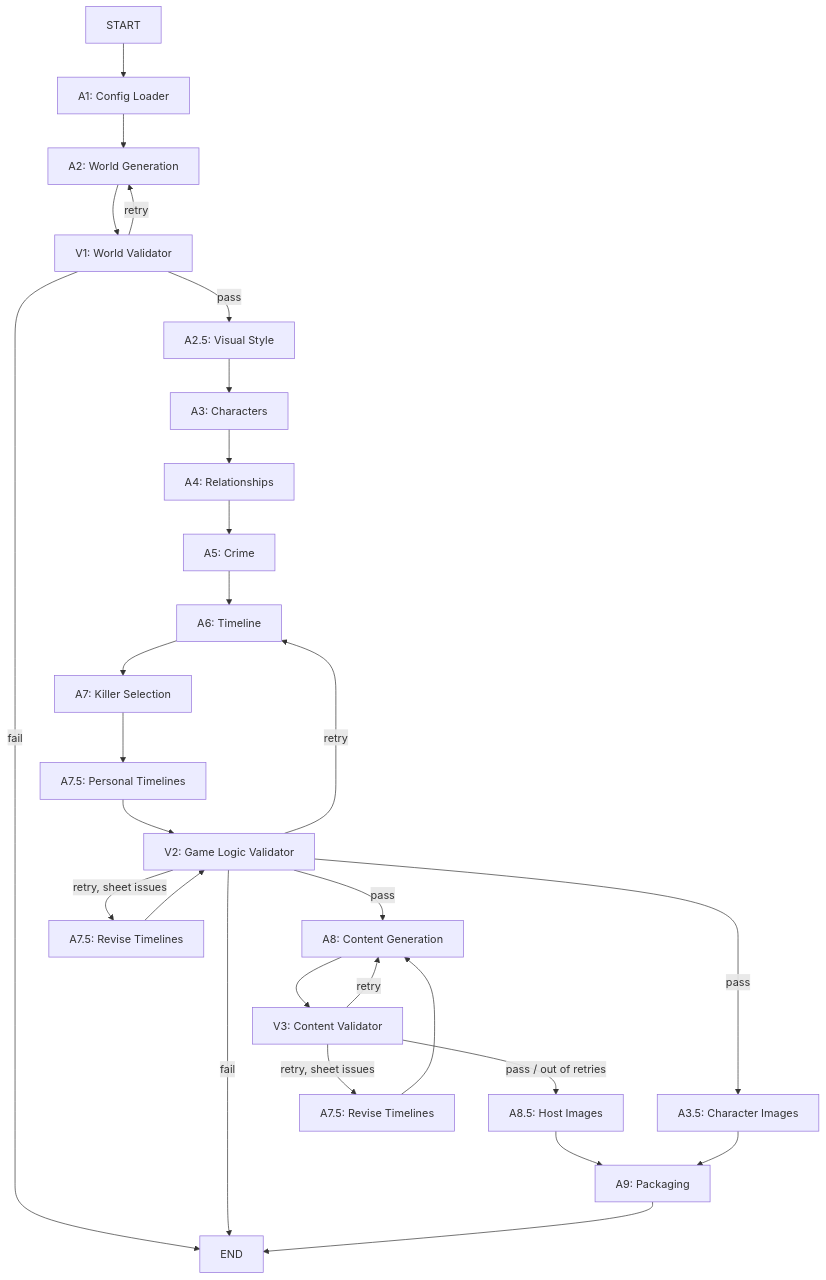
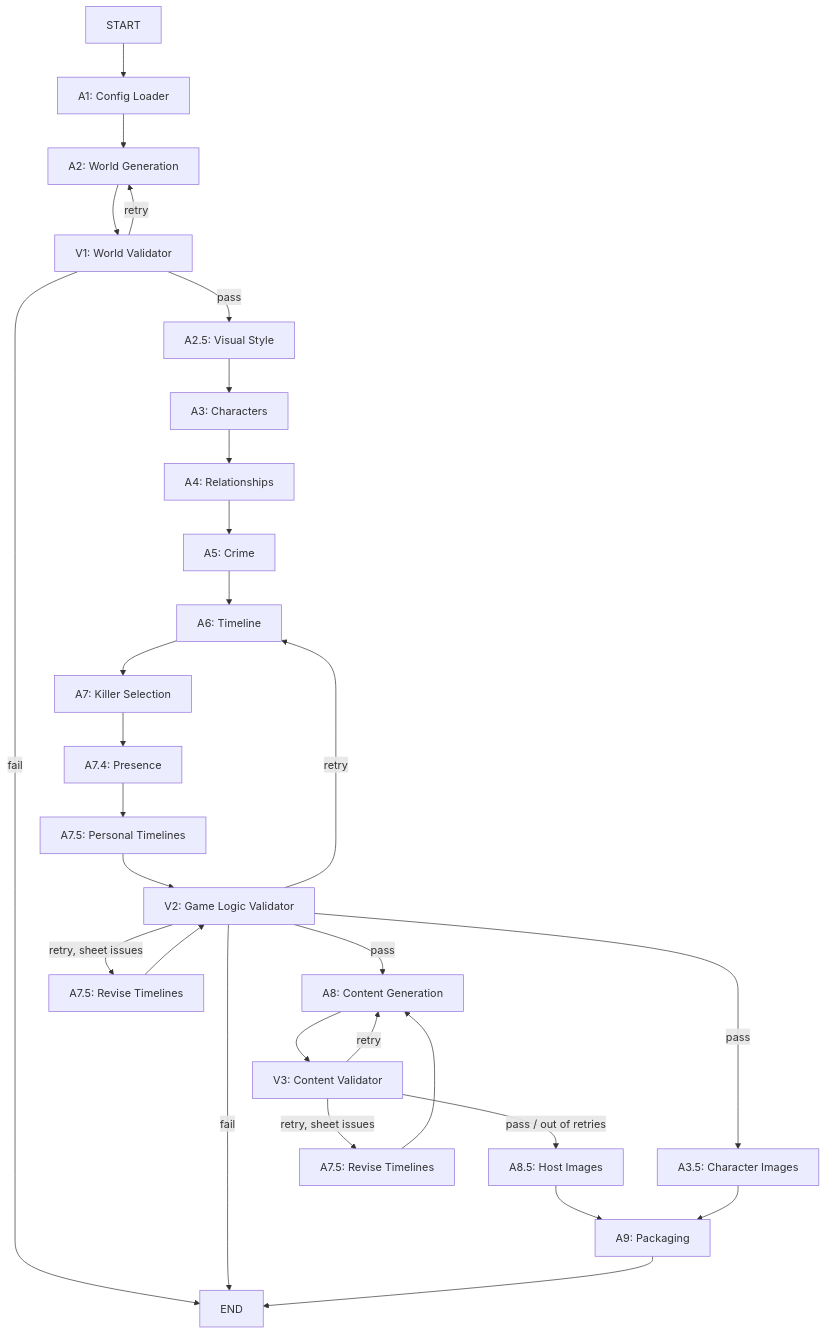
The diagram in docs/DEVELOPER_GUIDE.md (juanje/mystery-agents), drawn with Mermaid before and after one commit. The commit also changed other lines of this file and 8 other files, not shown here.

````diff
--- a/docs/DEVELOPER_GUIDE.md
+++ b/docs/DEVELOPER_GUIDE.md
@@ -94,30 +95,31 @@
 ```mermaid
 graph TD
     START --> A1[A1: Config Loader]
     A1 --> A2[A2: World Generation]
     A2 --> V1[V1: World Validator]
     V1 -->|pass| A2_5[A2.5: Visual Style]
     V1 -->|retry| A2
     V1 -->|fail| END
     A2_5 --> A3[A3: Characters]
     A3 --> A4[A4: Relationships]
     A4 --> A5[A5: Crime]
     A5 --> A6[A6: Timeline]
     A6 --> A7[A7: Killer Selection]
-    A7 --> A7_5[A7.5: Personal Timelines]
+    A7 --> A7_4[A7.4: Presence]
+    A7_4 --> A7_5[A7.5: Personal Timelines]
     A7_5 --> V2[V2: Game Logic Validator]
     V2 -->|pass| A8[A8: Content Generation]
     V2 -->|pass| A3_5[A3.5: Character Images]
     V2 -->|retry| A6
     V2 -->|retry, sheet issues| R1[A7.5: Revise Timelines]
     R1 --> V2
     V2 -->|fail| END
     A8 --> V3[V3: Content Validator]
     V3 -->|pass / out of retries| A8_5[A8.5: Host Images]
     V3 -->|retry| A8
     V3 -->|retry, sheet issues| R2[A7.5: Revise Timelines]
     R2 --> A8
     A8_5 --> A9[A9: Packaging]
     A3_5 --> A9
     A9 --> END
 ```
````
